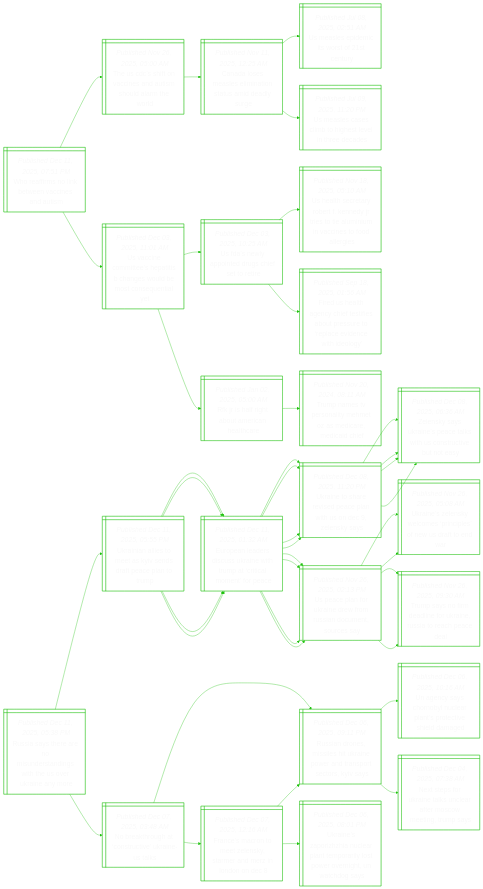
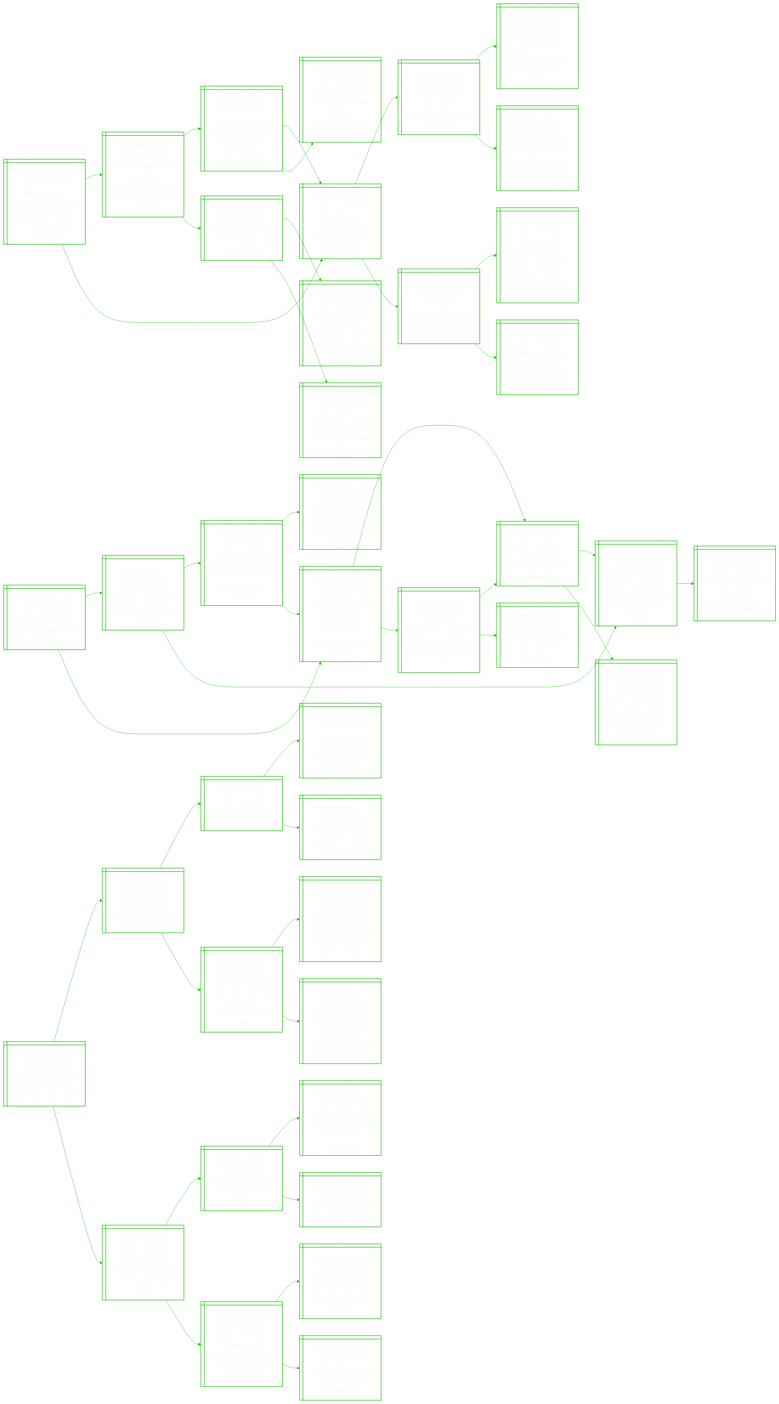
One commit to notJmes/notJmes changed the diagram in README.md. Above: the diagram before and after it, drawn with Mermaid. The commit also changed other lines of this file, not shown here.

````diff
--- a/README.md
+++ b/README.md
@@ -16,130 +16,139 @@
 flowchart LR
 classDef txtsize font-size:20px;
 
-Wamitvnds@{ shape: win-pane, label: "_Published Dec 11, 2025, 07:51 PM_
-Who reaffirms no link between vaccines and autism" }
-TChniniolhl@{ shape: win-pane, label: "_Published Nov 26, 2025, 05:00 AM_
-The us cdc’s shift on vaccines and autism should alarm the world" }
-Caslittaes@{ shape: win-pane, label: "_Published Nov 11, 2025, 12:25 AM_
-Canada loses measles elimination status amid deadly surge" }
-Uspiwoey@{ shape: win-pane, label: "_Published Jul 08, 2025, 02:51 AM_
-Us measles epidemic its worst of 21st century" }
-Usaloevtde@{ shape: win-pane, label: "_Published Jul 09, 2025, 11:20 PM_
-Us measles cases climb to highest level in three decades" }
-Ucotethsdssny@{ shape: win-pane, label: "_Published Dec 03, 2025, 11:01 AM_
-Us vaccine committee’s hepatitis b changes would be most consequential yet" }
+FpstuataroS@{ shape: win-pane, label: "_Published Dec 11, 2025, 11:39 PM_
+Fda approves first home-use headset to treat depression in us" }
+Fasidefohne@{ shape: win-pane, label: "_Published Dec 10, 2025, 07:48 AM_
+Fda examines possible adult deaths from covid-19 shots in probe" }
+Kdcdrnccoertae@{ shape: win-pane, label: "_Published Dec 08, 2025, 07:15 AM_
+Kennedy vaccine advisers ‘turned back the clock’ on disease prevention, say experts" }
+Ucaphiaetrrf@{ shape: win-pane, label: "_Published Dec 06, 2025, 10:25 AM_
+Us vaccine panel upends hepatitis b advice in latest trump-era shift" }
+TeeDmoespeoevnn@{ shape: win-pane, label: "_Published Dec 04, 2025, 10:12 AM_
+Twelve former us fda commissioners express deep concern about agency’s vaccine change" }
+Ulcreeyituuaeole@{ shape: win-pane, label: "_Published Nov 18, 2025, 05:10 AM_
+Us health secretary robert f. kennedy jr tries to tie aluminium in vaccines to food allergies" }
+MaulStryeso@{ shape: win-pane, label: "_Published Sep 04, 2025, 10:20 AM_
+Medical groups call on us health secretary kennedy to step down" }
+TeeDmoespeoevnn@{ shape: win-pane, label: "_Published Dec 04, 2025, 10:12 AM_
+Twelve former us fda commissioners express deep concern about agency’s vaccine change" }
 Usyidcsre@{ shape: win-pane, label: "_Published Dec 03, 2025, 10:25 AM_
 Us fda’s newly appointed drugs chief set to retire" }
 Ulcreeyituuaeole@{ shape: win-pane, label: "_Published Nov 18, 2025, 05:10 AM_
 Us health secretary robert f. kennedy jr tries to tie aluminium in vaccines to food allergies" }
 FUleheioeepento@{ shape: win-pane, label: "_Published Sep 18, 2025, 01:56 AM_
 Fired us health agency chief testifies about pressure to ‘replace evidence with ideology’" }
+Ucotethsdssny@{ shape: win-pane, label: "_Published Dec 03, 2025, 11:01 AM_
+Us vaccine committee’s hepatitis b changes would be most consequential yet" }
+Usyidcsre@{ shape: win-pane, label: "_Published Dec 03, 2025, 10:25 AM_
+Us fda’s newly appointed drugs chief set to retire" }
 Rifttiec@{ shape: win-pane, label: "_Published Jan 02, 2025, 05:00 AM_
 Rfk jr is half right about american healthcare" }
-TnTsihzdech@{ shape: win-pane, label: "_Published Nov 20, 2024, 08:11 AM_
-Trump names tv personality mehmet oz as medicare, medicaid chief" }
 
-Wamitvnds:::txtsize --> TChniniolhl:::txtsize
-TChniniolhl:::txtsize --> Caslittaes:::txtsize
-Caslittaes:::txtsize --> Uspiwoey:::txtsize
-Caslittaes:::txtsize --> Usaloevtde:::txtsize
-Wamitvnds:::txtsize --> Ucotethsdssny:::txtsize
-Ucotethsdssny:::txtsize --> Usyidcsre:::txtsize
+FpstuataroS:::txtsize --> Fasidefohne:::txtsize
+Fasidefohne:::txtsize --> Kdcdrnccoertae:::txtsize
+Kdcdrnccoertae:::txtsize --> Ucaphiaetrrf:::txtsize
+Kdcdrnccoertae:::txtsize --> TeeDmoespeoevnn:::txtsize
+Fasidefohne:::txtsize --> Ulcreeyituuaeole:::txtsize
+Ulcreeyituuaeole:::txtsize --> MaulStryeso:::txtsize
+FpstuataroS:::txtsize --> TeeDmoespeoevnn:::txtsize
+TeeDmoespeoevnn:::txtsize --> Usyidcsre:::txtsize
 Usyidcsre:::txtsize --> Ulcreeyituuaeole:::txtsize
 Usyidcsre:::txtsize --> FUleheioeepento:::txtsize
+TeeDmoespeoevnn:::txtsize --> Ucotethsdssny:::txtsize
+Ucotethsdssny:::txtsize --> Usyidcsre:::txtsize
 Ucotethsdssny:::txtsize --> Rifttiec:::txtsize
-Rifttiec:::txtsize --> TnTsihzdech:::txtsize
 
-Unlttidfcnu@{ shape: win-pane, label: "_Published Dec 11, 2025, 05:55 PM_
-Ukrainian allies to meet as kyiv sends draft peace plan to trump" }
-Eeadsaiuccmoc@{ shape: win-pane, label: "_Published Dec 11, 2025, 01:32 AM_
-European leaders discuss ukraine with trump at ‘critical moment’ for peace" }
-Ucnkefunmos@{ shape: win-pane, label: "_Published Nov 26, 2025, 02:13 PM_
-Us peace plan for ukraine drew from russian document, sources say" }
-Tsodirisohe@{ shape: win-pane, label: "_Published Nov 26, 2025, 09:30 AM_
-Trump says no firm deadline for ukraine, russia to reach peace deal" }
-UnlyorpfStd@{ shape: win-pane, label: "_Published Nov 26, 2025, 05:08 AM_
-Ukraine’s zelensky welcomes ‘principles’ of new us draft to end war" }
-UnhedewScna@{ shape: win-pane, label: "_Published Dec 08, 2025, 11:20 PM_
-Ukraine to share revised peace plan with us on dec 9, zelensky says" }
-ZsyaptwStita@{ shape: win-pane, label: "_Published Dec 08, 2025, 06:36 AM_
-Zelensky says ukraine’s peace talks with us constructive but not easy" }
-ZsyaptwStita@{ shape: win-pane, label: "_Published Dec 08, 2025, 06:36 AM_
-Zelensky says ukraine’s peace talks with us constructive but not easy" }
-Eeadsaiuccmoc@{ shape: win-pane, label: "_Published Dec 11, 2025, 01:32 AM_
-European leaders discuss ukraine with trump at ‘critical moment’ for peace" }
-Ucnkefunmos@{ shape: win-pane, label: "_Published Nov 26, 2025, 02:13 PM_
-Us peace plan for ukraine drew from russian document, sources say" }
-Tsodirisohe@{ shape: win-pane, label: "_Published Nov 26, 2025, 09:30 AM_
-Trump says no firm deadline for ukraine, russia to reach peace deal" }
-UnlyorpfStd@{ shape: win-pane, label: "_Published Nov 26, 2025, 05:08 AM_
-Ukraine’s zelensky welcomes ‘principles’ of new us draft to end war" }
-UnhedewScna@{ shape: win-pane, label: "_Published Dec 08, 2025, 11:20 PM_
-Ukraine to share revised peace plan with us on dec 9, zelensky says" }
-ZsyaptwStita@{ shape: win-pane, label: "_Published Dec 08, 2025, 06:36 AM_
-Zelensky says ukraine’s peace talks with us constructive but not easy" }
-ZsyaptwStita@{ shape: win-pane, label: "_Published Dec 08, 2025, 06:36 AM_
-Zelensky says ukraine’s peace talks with us constructive but not easy" }
+Nufaaalaeidaca@{ shape: win-pane, label: "_Published Dec 11, 2025, 11:25 PM_
+New church of england head sarah mullally accused of mishandling abuse complaint" }
+Wanrsfeytffecnd@{ shape: win-pane, label: "_Published Oct 03, 2025, 05:12 PM_
+Woman appointed archbishop of canterbury a historic first for the church of england" }
+TmerusdchCrann@{ shape: win-pane, label: "_Published Oct 01, 2025, 10:49 PM_
+Two women seen as front runners ahead of archbishop of canterbury announcement" }
+Aiotrtlsobcl@{ shape: win-pane, label: "_Published Nov 12, 2024, 10:09 PM_
+Archbishop of canterbury justin welby resigns over abuse scandal" }
+BpvoufaanantCeo@{ shape: win-pane, label: "_Published Jan 29, 2025, 04:08 AM_
+Bishop of liverpool accused of sexual assault and harassment, britain’s channel 4 reports" }
+VaupfdeIri@{ shape: win-pane, label: "_Published Oct 03, 2025, 11:05 AM_
+Virtual jesus? people of faith divided as ai enters religion" }
+BnoutuBtonweln@{ shape: win-pane, label: "_Published Feb 14, 2025, 11:49 AM_
+Bhutanese monks, nuns to test buddhabot ai tool to expand knowledge in religion" }
+SchiJipctsha@{ shape: win-pane, label: "_Published Nov 20, 2024, 11:00 PM_
+Swiss church unveils ‘ai jesus’ in art project that melds faith and data" }
+Aiotrtlsobcl@{ shape: win-pane, label: "_Published Nov 12, 2024, 10:09 PM_
+Archbishop of canterbury justin welby resigns over abuse scandal" }
+ChasgtiiPcs@{ shape: win-pane, label: "_Published Oct 29, 2024, 10:45 PM_
+Church must act faster against abusive priests: papal commission" }
+Vamawsepthnng@{ shape: win-pane, label: "_Published Oct 27, 2024, 02:22 AM_
+Vatican summit praises women’s leadership, but stops short on women clergy" }
+PrtQirshChodfne@{ shape: win-pane, label: "_Published Oct 13, 2024, 02:16 AM_
+Pope urged at lgbtq meeting to reverse catholic church’s ban on gender-affirming care" }
+Lgaieyiseea@{ shape: win-pane, label: "_Published Oct 17, 2024, 07:35 AM_
+Los angeles archdiocese to pay $1.16b to victims of clergy sexual abuse" }
+PsrisretoeaireVam@{ shape: win-pane, label: "_Published Oct 02, 2024, 02:15 AM_
+Pope asks for forgiveness over abuse, treatment of women in catholic church, ahead of vatican summit" }
+Bmairtadrfdnn@{ shape: win-pane, label: "_Published Apr 06, 2023, 08:18 AM_
+Baltimore catholic clergy in the us abused hundreds of children and teens" }
 
-Unlttidfcnu:::txtsize --> Eeadsaiuccmoc:::txtsize
-Eeadsaiuccmoc:::txtsize --> Ucnkefunmos:::txtsize
-Ucnkefunmos:::txtsize --> Tsodirisohe:::txtsize
-Ucnkefunmos:::txtsize --> UnlyorpfStd:::txtsize
-Eeadsaiuccmoc:::txtsize --> UnhedewScna:::txtsize
-UnhedewScna:::txtsize --> ZsyaptwStita:::txtsize
-UnhedewScna:::txtsize --> ZsyaptwStita:::txtsize
-Unlttidfcnu:::txtsize --> Eeadsaiuccmoc:::txtsize
-Eeadsaiuccmoc:::txtsize --> Ucnkefunmos:::txtsize
-Ucnkefunmos:::txtsize --> Tsodirisohe:::txtsize
-Ucnkefunmos:::txtsize --> UnlyorpfStd:::txtsize
-Eeadsaiuccmoc:::txtsize --> UnhedewScna:::txtsize
-UnhedewScna:::txtsize --> ZsyaptwStita:::txtsize
-UnhedewScna:::txtsize --> ZsyaptwStita:::txtsize
+Nufaaalaeidaca:::txtsize --> Wanrsfeytffecnd:::txtsize
+Wanrsfeytffecnd:::txtsize --> TmerusdchCrann:::txtsize
+TmerusdchCrann:::txtsize --> Aiotrtlsobcl:::txtsize
+TmerusdchCrann:::txtsize --> BpvoufaanantCeo:::txtsize
+Wanrsfeytffecnd:::txtsize --> VaupfdeIri:::txtsize
+VaupfdeIri:::txtsize --> BnoutuBtonweln:::txtsize
+VaupfdeIri:::txtsize --> SchiJipctsha:::txtsize
+Nufaaalaeidaca:::txtsize --> Aiotrtlsobcl:::txtsize
+Aiotrtlsobcl:::txtsize --> ChasgtiiPcs:::txtsize
+ChasgtiiPcs:::txtsize --> Vamawsepthnng:::txtsize
+ChasgtiiPcs:::txtsize --> PrtQirshChodfne:::txtsize
+Aiotrtlsobcl:::txtsize --> Lgaieyiseea:::txtsize
+Lgaieyiseea:::txtsize --> PsrisretoeaireVam:::txtsize
+Lgaieyiseea:::txtsize --> Bmairtadrfdnn:::txtsize
 
-RatamdaghSUnm@{ shape: win-pane, label: "_Published Dec 11, 2025, 05:38 PM_
-Russia says there are no misunderstandings with the us over ukraine any more" }
-NaottirUk@{ shape: win-pane, label: "_Published Dec 07, 2025, 03:48 AM_
-No breakthrough at ‘constructive’ ukraine-us talks" }
-RansskerrocKa@{ shape: win-pane, label: "_Published Dec 06, 2025, 09:11 PM_
-Russian drones, missiles hit ukraine power and transport sectors, kyiv says" }
-Ntoaanrrotra@{ shape: win-pane, label: "_Published Dec 04, 2025, 07:38 AM_
-Next steps for ukraine talks unclear after moscow meeting, trump says" }
-Unyrlearthde@{ shape: win-pane, label: "_Published Dec 06, 2025, 10:16 AM_
-Un agency says chornobyl nuclear plant’s protective shield damaged" }
-Fermekrnznn@{ shape: win-pane, label: "_Published Dec 07, 2025, 12:16 AM_
-France’s macron to meet zelensky, starmer and merz in london on dec 8" }
-RansskerrocKa@{ shape: win-pane, label: "_Published Dec 06, 2025, 09:11 PM_
-Russian drones, missiles hit ukraine power and transport sectors, kyiv says" }
-Unphnanpiserttg@{ shape: win-pane, label: "_Published Dec 06, 2025, 08:01 PM_
-Ukraine’s zaporizhzhia nuclear plant temporarily lost power overnight, un watchdog says" }
-Unlttidfcnu@{ shape: win-pane, label: "_Published Dec 11, 2025, 05:55 PM_
-Ukrainian allies to meet as kyiv sends draft peace plan to trump" }
-Eeadsaiuccmoc@{ shape: win-pane, label: "_Published Dec 11, 2025, 01:32 AM_
-European leaders discuss ukraine with trump at ‘critical moment’ for peace" }
-Ucnkefunmos@{ shape: win-pane, label: "_Published Nov 26, 2025, 02:13 PM_
-Us peace plan for ukraine drew from russian document, sources say" }
-UnhedewScna@{ shape: win-pane, label: "_Published Dec 08, 2025, 11:20 PM_
-Ukraine to share revised peace plan with us on dec 9, zelensky says" }
-Eeadsaiuccmoc@{ shape: win-pane, label: "_Published Dec 11, 2025, 01:32 AM_
-European leaders discuss ukraine with trump at ‘critical moment’ for peace" }
-Ucnkefunmos@{ shape: win-pane, label: "_Published Nov 26, 2025, 02:13 PM_
-Us peace plan for ukraine drew from russian document, sources say" }
-UnhedewScna@{ shape: win-pane, label: "_Published Dec 08, 2025, 11:20 PM_
-Ukraine to share revised peace plan with us on dec 9, zelensky says" }
+Agattldrsoe@{ shape: win-pane, label: "_Published Dec 11, 2025, 10:42 PM_
+Ageing germany set to get smaller and older, says stats office" }
+Fhoshssol@{ shape: win-pane, label: "_Published Dec 05, 2025, 07:15 PM_
+French town offers $1,500 birth bonuses to save local clinic" }
+Erdit@{ shape: win-pane, label: "_Published Mar 07, 2025, 09:26 PM_
+Eu saw record drop in births in 2023" }
+Eeipiayesno@{ shape: win-pane, label: "_Published May 19, 2024, 03:30 PM_
+Europe’s ageing population is a money magnet for some investors" }
+Fropahsei@{ shape: win-pane, label: "_Published Jul 21, 2023, 06:52 AM_
+For europe’s older population, heat is the new covid-19" }
+isgacteinrrte@{ shape: win-pane, label: "_Published Oct 03, 2025, 03:00 PM_
+2024 is first dragon year since 1964 that failed to lift singapore’s fertility rate" }
+Spanmohdmounel@{ shape: win-pane, label: "_Published Sep 29, 2025, 03:00 PM_
+S’pore population now at 6.11 million, with 1.2% rise due to more construction workers, helpers" }
+Cramhnabskeilpu@{ shape: win-pane, label: "_Published Jul 25, 2025, 08:10 PM_
+Career setbacks among challenges raised by those seeking fertility help in s’pore: survey" }
+Jsalyersve@{ shape: win-pane, label: "_Published Dec 08, 2025, 11:00 AM_
+Japan’s isolated elderly leave record sums to government in 2024" }
+Jepieoo@{ shape: win-pane, label: "_Published Aug 07, 2025, 05:12 PM_
+Japanese population sees record drop in 2024" }
+Jerraptiaeer@{ shape: win-pane, label: "_Published Jul 16, 2025, 03:40 PM_
+‘japanese first’ party shakes up election with alarm over foreigners" }
+Wsssenn@{ shape: win-pane, label: "_Published Jan 04, 2025, 05:51 PM_
+World’s oldest person dies at 116 in japan" }
+Jcnneacinyomn@{ shape: win-pane, label: "_Published Sep 12, 2025, 03:00 PM_
+Japan centenarian numbers reach record high at nearly 100,000, with 88% of them women" }
+Mhpeooto@{ shape: win-pane, label: "_Published Sep 17, 2024, 02:10 PM_
+More than 95,000 japanese aged over 100, most of them women" }
+WsssltbdU@{ shape: win-pane, label: "_Published Aug 21, 2025, 06:45 PM_
+World’s oldest person celebrates 116th birthday in uk" }
 
-RatamdaghSUnm:::txtsize --> NaottirUk:::txtsize
-NaottirUk:::txtsize --> RansskerrocKa:::txtsize
-RansskerrocKa:::txtsize --> Ntoaanrrotra:::txtsize
-RansskerrocKa:::txtsize --> Unyrlearthde:::txtsize
-NaottirUk:::txtsize --> Fermekrnznn:::txtsize
-Fermekrnznn:::txtsize --> RansskerrocKa:::txtsize
-Fermekrnznn:::txtsize --> Unphnanpiserttg:::txtsize
-RatamdaghSUnm:::txtsize --> Unlttidfcnu:::txtsize
-Unlttidfcnu:::txtsize --> Eeadsaiuccmoc:::txtsize
-Eeadsaiuccmoc:::txtsize --> Ucnkefunmos:::txtsize
-Eeadsaiuccmoc:::txtsize --> UnhedewScna:::txtsize
-Unlttidfcnu:::txtsize --> Eeadsaiuccmoc:::txtsize
-Eeadsaiuccmoc:::txtsize --> Ucnkefunmos:::txtsize
-Eeadsaiuccmoc:::txtsize --> UnhedewScna:::txtsize
+Agattldrsoe:::txtsize --> Fhoshssol:::txtsize
+Fhoshssol:::txtsize --> Erdit:::txtsize
+Erdit:::txtsize --> Eeipiayesno:::txtsize
+Erdit:::txtsize --> Fropahsei:::txtsize
+Fhoshssol:::txtsize --> isgacteinrrte:::txtsize
+isgacteinrrte:::txtsize --> Spanmohdmounel:::txtsize
+isgacteinrrte:::txtsize --> Cramhnabskeilpu:::txtsize
+Agattldrsoe:::txtsize --> Jsalyersve:::txtsize
+Jsalyersve:::txtsize --> Jepieoo:::txtsize
+Jepieoo:::txtsize --> Jerraptiaeer:::txtsize
+Jepieoo:::txtsize --> Wsssenn:::txtsize
+Jsalyersve:::txtsize --> Jcnneacinyomn:::txtsize
+Jcnneacinyomn:::txtsize --> Mhpeooto:::txtsize
+Jcnneacinyomn:::txtsize --> WsssltbdU:::txtsize
 
 ```
````
